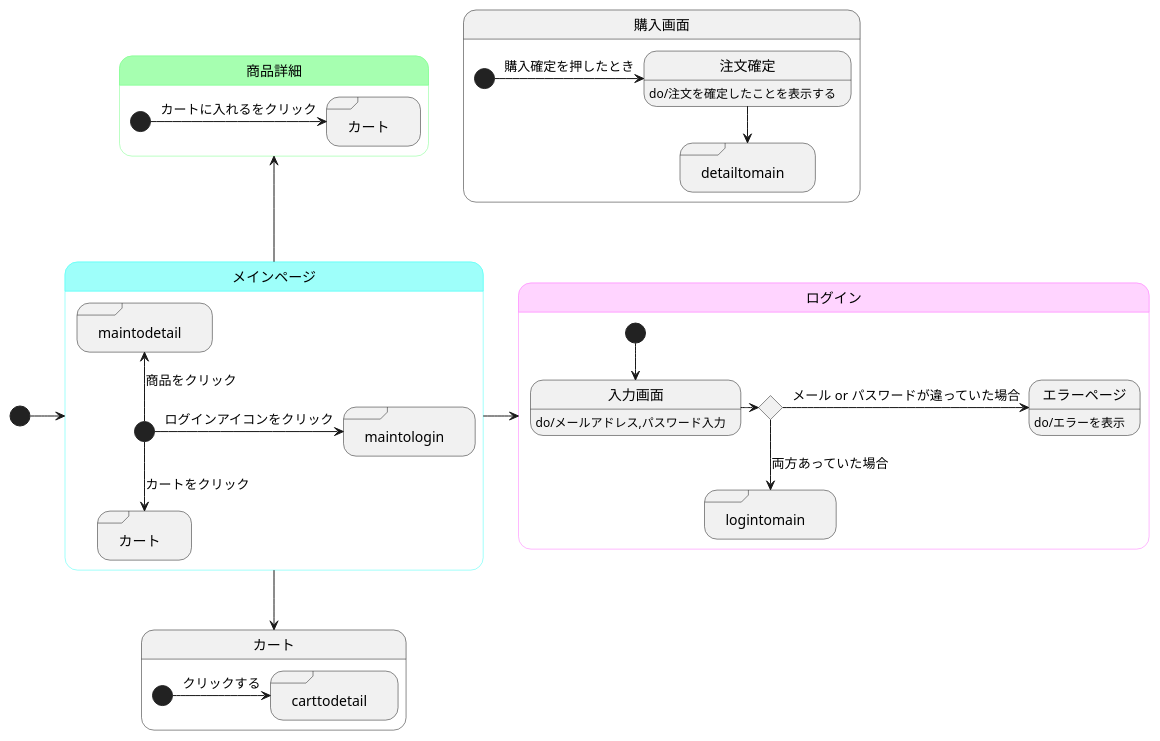
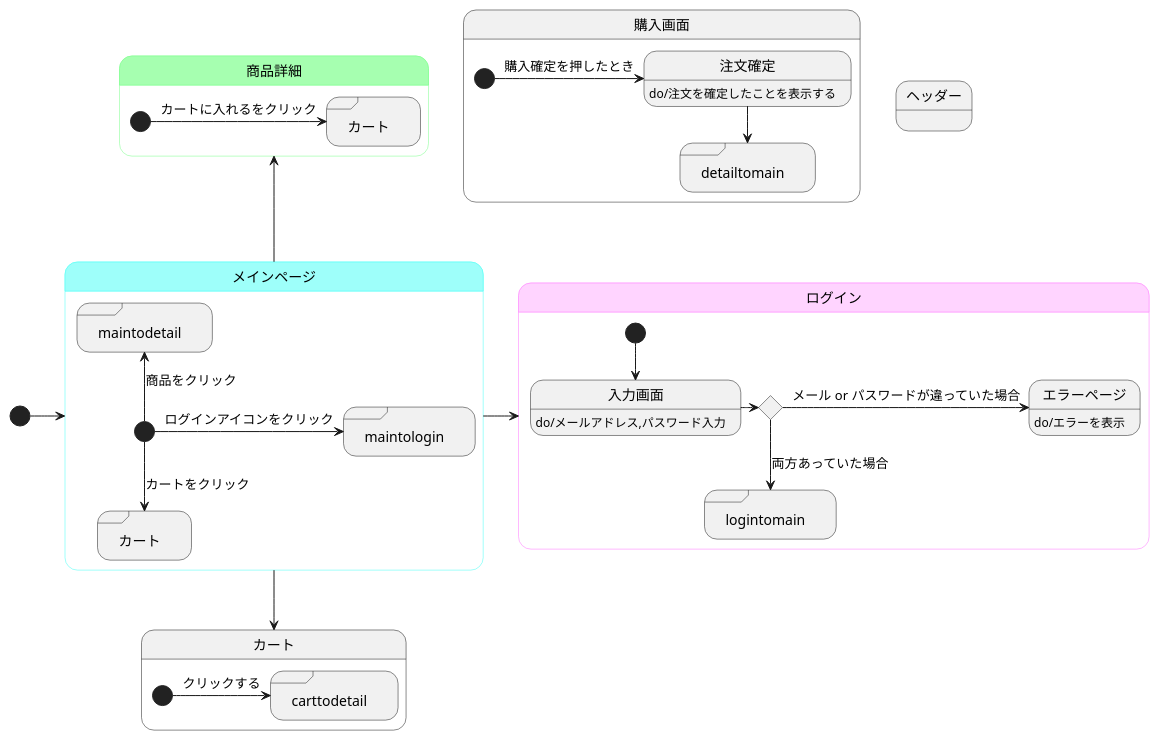
One commit to akutori/T-D-E changed the diagram in UML.md. Above: the diagram before and after it, drawn with PlantUML. The commit also changed 2 other files, not shown here.

Commit message:
検索結果UML作成

````diff
--- a/UML.md
+++ b/UML.md
@@ -1,69 +1,73 @@
 ```uml
 @startuml
 
 [*]->メインページ
 メインページ->ログイン
 メインページ-->カート
 メインページ-up->商品詳細
 
 state メインページ<<mainpage>>{
 state "ログイン" as maintologin <<sdlreceive>>
 state "カート" as maintocart <<sdlreceive>>
 state "商品詳細" as maintodetail <<sdlreceive>>
     [*]-> maintologin :ログインアイコンをクリック
     [*]--> maintocart :カートをクリック
     [*]-up-> maintodetail :商品をクリック
 }
 
 state ログイン<<login>>{
 state input <<choice>>
 state "メインページ" as logintomain<<sdlreceive>>
 
 入力画面:do/メールアドレス,パスワード入力
 エラーページ:do/エラーを表示
     [*]--> 入力画面
     入力画面->input
     input->エラーページ:メール or パスワードが違っていた場合
     input-->logintomain : 両方あっていた場合
 
 }
 
 state 購入画面{
 state "メインページ" as detailtomain<<sdlreceive>>
 注文確定:do/注文を確定したことを表示する
     [*]->注文確定 :購入確定を押したとき
     注文確定-->detailtomain
 }
 
 
 state カート{
 state "商品詳細" as carttodetail <<sdlreceive>>
 
     [*]->carttodetail :クリックする
 }
 
 state 商品詳細<<detail>>{
 state "カート" as detailtocart <<sdlreceive>>
 
     [*]->detailtocart :カートに入れるをクリック
 }
 
+state ヘッダー {
+
+}
+
 ' メインページカラー
 skinparam stateBorderColor<<mainpage>> #40fff5
 state メインページ #9efffa
 state detailtomain #9efffa
 state logintomain #9efffa
 
 ' ログインカラー
 skinparam stateBorderColor<<login>> #ff73ff
 state ログイン #ffd4ff
 state maintologin #ffd4ff
 
 ' 商品詳細カラー
 skinparam stateBorderColor<<detail>> #78ff88
 state 商品詳細 #a6ffb0
 state carttodetail #a6ffb0
 state maintodetail #a6ffb0
 
 @enduml
 ```
````
